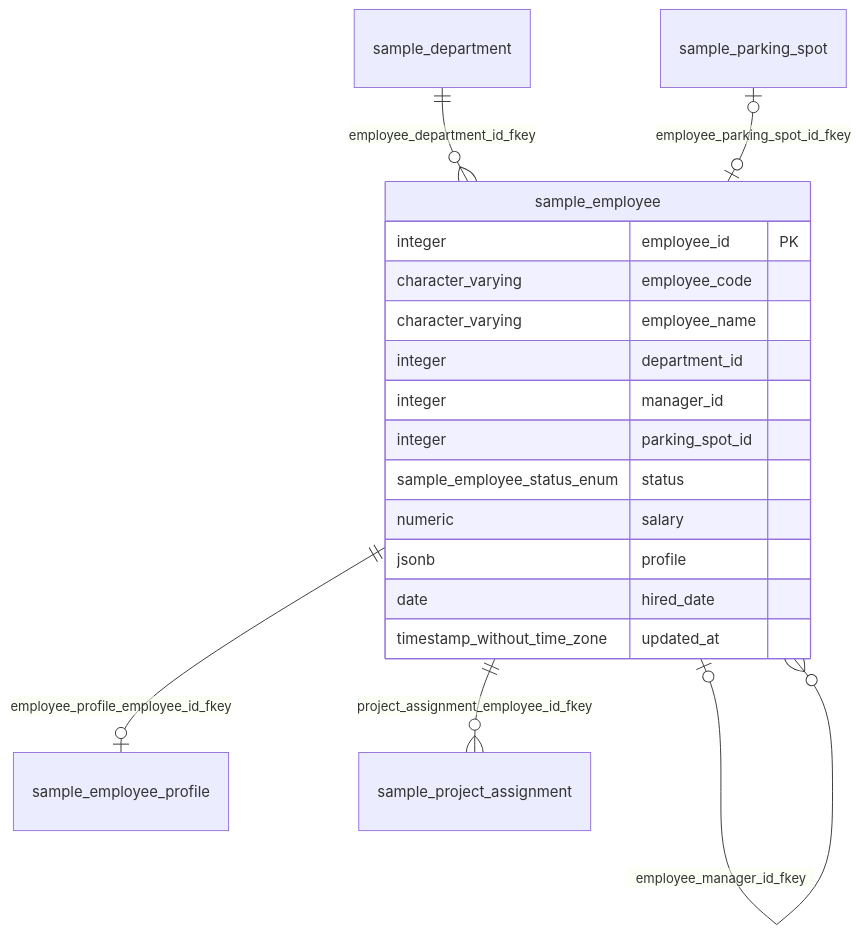
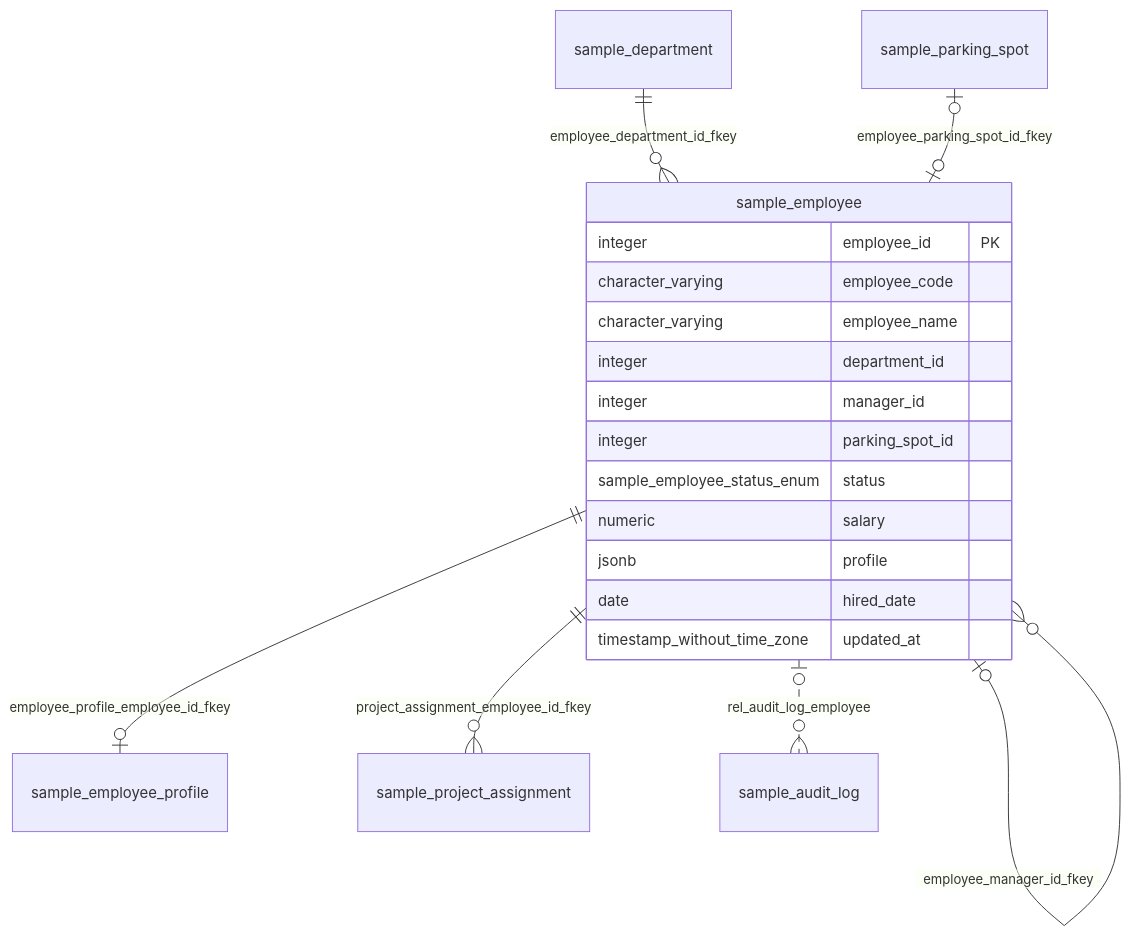
One commit to ebichan88/exportTableDefinition changed the diagram in docs/sample/postgres/output/testdb/sample/table/employee.md. Above: the diagram before and after it, drawn with Mermaid. The commit also changed 32 other files, not shown here.

````diff
--- a/docs/sample/postgres/output/testdb/sample/table/employee.md
+++ b/docs/sample/postgres/output/testdb/sample/table/employee.md
@@ -72,21 +72,22 @@
 ```mermaid
 erDiagram
     sample_department ||--o{ sample_employee : "employee_department_id_fkey"
     sample_employee |o--o{ sample_employee : "employee_manager_id_fkey"
     sample_parking_spot |o--o| sample_employee : "employee_parking_spot_id_fkey"
     sample_employee ||--o| sample_employee_profile : "employee_profile_employee_id_fkey"
     sample_employee ||--o{ sample_project_assignment : "project_assignment_employee_id_fkey"
+    sample_employee |o..o{ sample_audit_log : "rel_audit_log_employee"
     sample_employee {
         integer employee_id PK
         character_varying employee_code
         character_varying employee_name
         integer department_id
         integer manager_id
         integer parking_spot_id
         sample_employee_status_enum status
         numeric salary
         jsonb profile
         date hired_date
         timestamp_without_time_zone updated_at
     }
 ```
````
